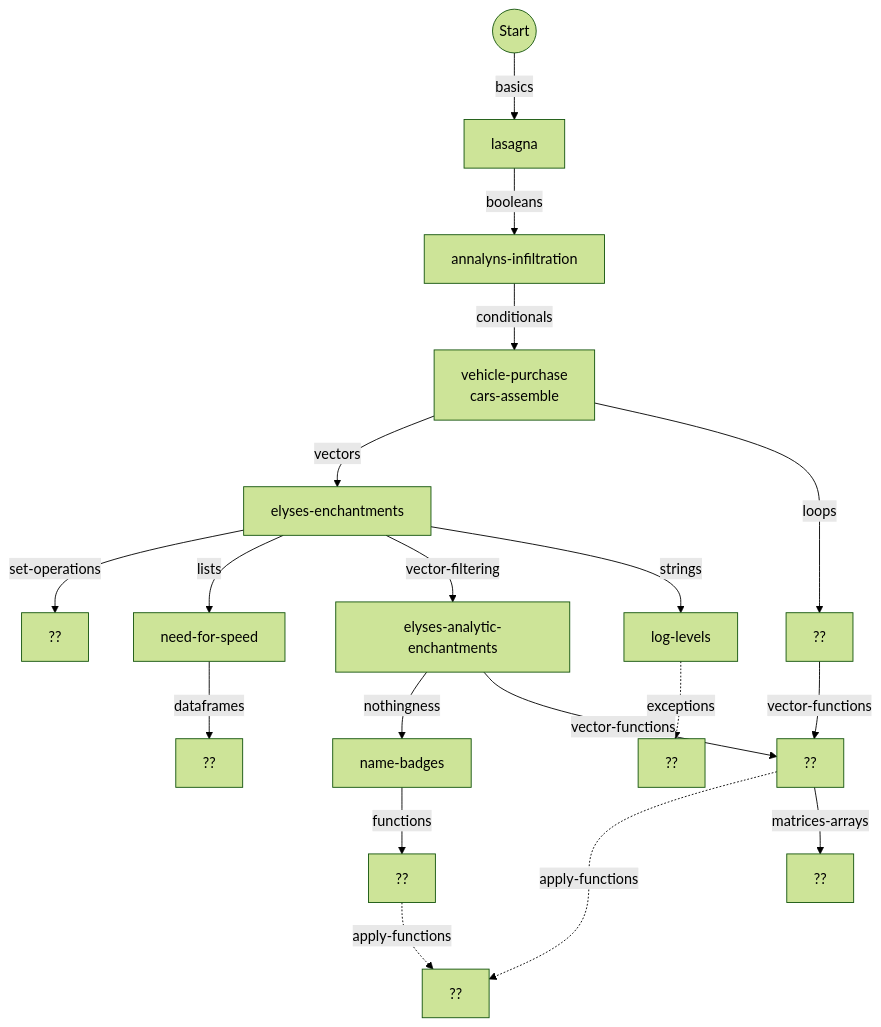
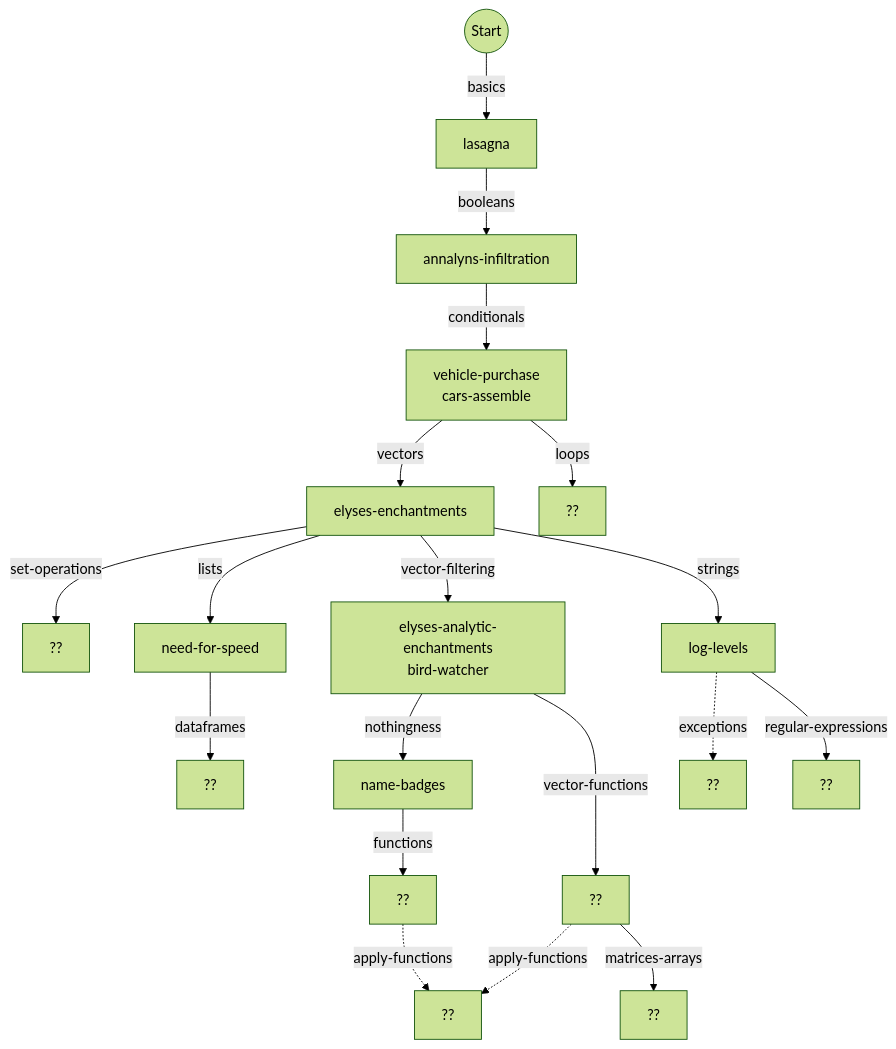
One commit to colinleach/r_concepts changed the first of 2 diagrams in flowchart.md. Above: the diagram before and after it, drawn with Mermaid (forest theme). The commit also changed other lines of this file and 1 other file, not shown here.

Commit message:
top-level stuff

````diff
--- a/flowchart.md
+++ b/flowchart.md
@@ -5,22 +5,22 @@
 ```mermaid
 graph TD
     
 start(("Start")) --basics--> basics["lasagna"]
 basics --booleans--> booleans["annalyns-infiltration"]
 booleans --conditionals--> conditionals["vehicle-purchase<br/>cars-assemble"]
 conditionals --vectors--> vectors["elyses-enchantments"]
 conditionals --loops--> loops["??"]
 vectors --set-operations--> set-operations["??"]
 vectors --lists--> lists["need-for-speed"]
-vectors --vector-filtering--> vector-filtering["elyses-analytic-enchantments"]
+vectors --vector-filtering--> vector-filtering["elyses-analytic-enchantments<br/>bird-watcher"]
 vector-filtering --nothingness--> nothingness["name-badges"]
 vectors --strings--> strings["log-levels"]
 strings -.exceptions.-> exceptions["??"]
 vector-filtering --vector-functions--> vector-functions["??"]
-loops --vector-functions--> vector-functions["??"]
 nothingness --functions--> functions["??"]
 functions -.apply-functions.-> apply-functions["??"]
 vector-functions -.apply-functions.-> apply-functions["??"]
 vector-functions --matrices-arrays--> matrices-arrays["??"]
 lists --dataframes--> dataframes["??"]
+strings --regular-expressions--> regular-expressions["??"]
 ```
````
